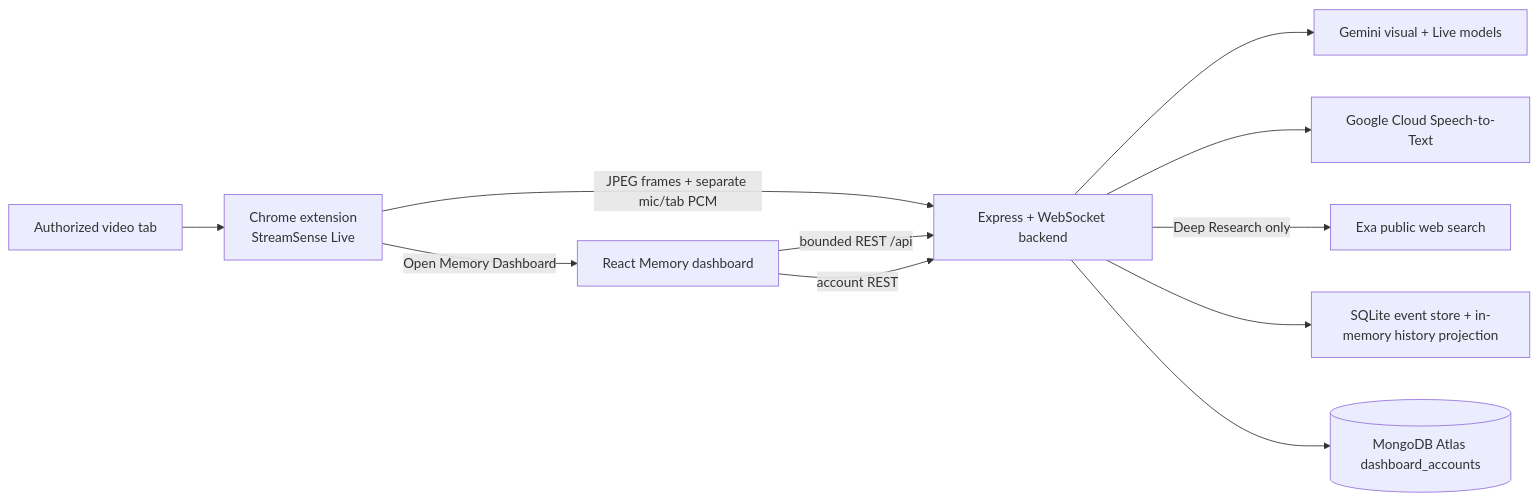
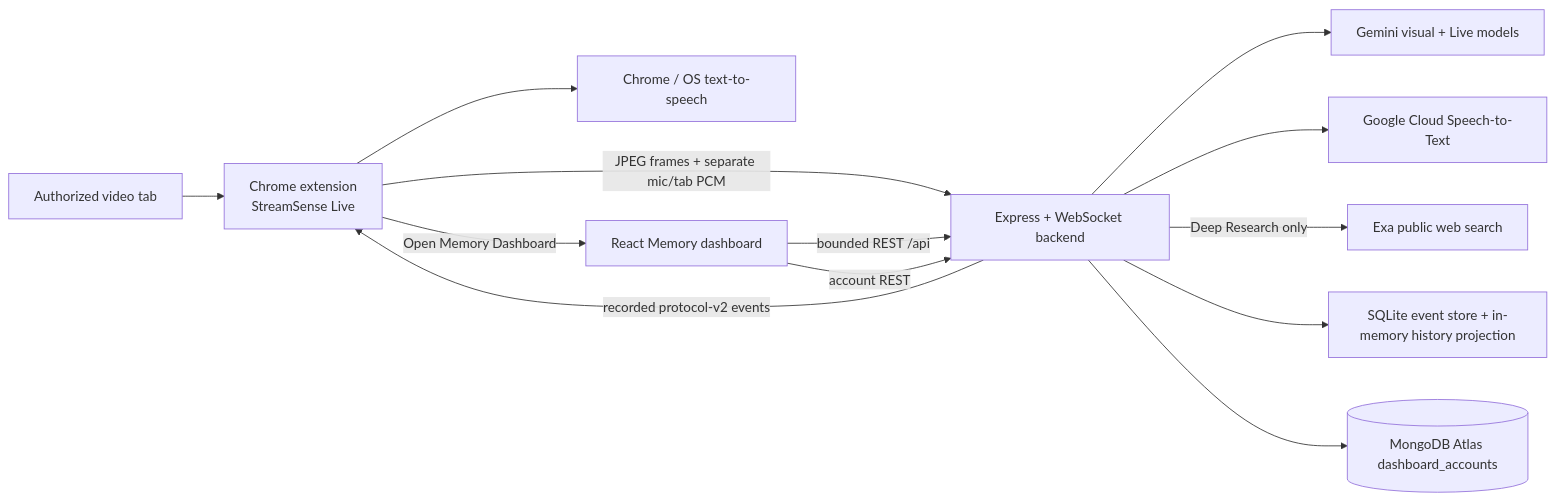
The diagram in docs/architecture.md (ZSYUYIIE/garena-ai-build-challenge-2026), drawn with Mermaid before and after one commit. The commit also changed other lines of this file and 3 other files, not shown here.

Commit message:
docs: document Chrome-owned timeline narration

````diff
--- a/docs/architecture.md
+++ b/docs/architecture.md
@@ -18,13 +18,15 @@
 ```mermaid
 flowchart LR
     Video["Authorized video tab"] --> Extension["Chrome extension\nStreamSense Live"]
     Extension -->|"JPEG frames + separate mic/tab PCM"| Backend["Express + WebSocket backend"]
+    Backend -->|"recorded protocol-v2 events"| Extension
+    Extension --> ChromeTTS["Chrome / OS text-to-speech"]
     Backend --> Gemini["Gemini visual + Live models"]
     Backend --> STT["Google Cloud Speech-to-Text"]
     Backend -->|"Deep Research only"| Exa["Exa public web search"]
     Backend --> Events["SQLite event store + in-memory history projection"]
     Extension -->|"Open Memory Dashboard"| Dashboard["React Memory dashboard"]
     Dashboard -->|"bounded REST /api"| Backend
     Dashboard -->|"account REST"| Backend
     Backend --> Mongo[("MongoDB Atlas dashboard_accounts")]
 ```
````
